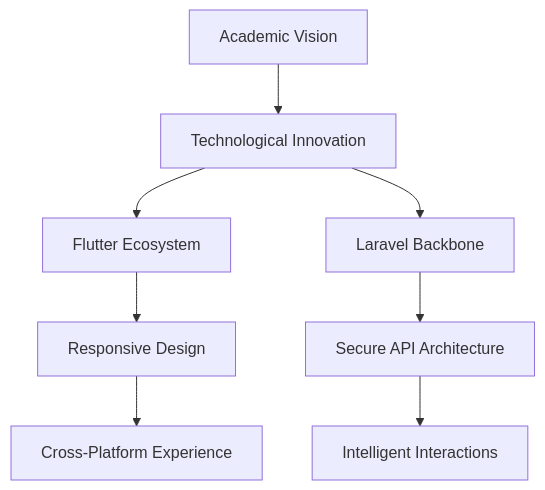
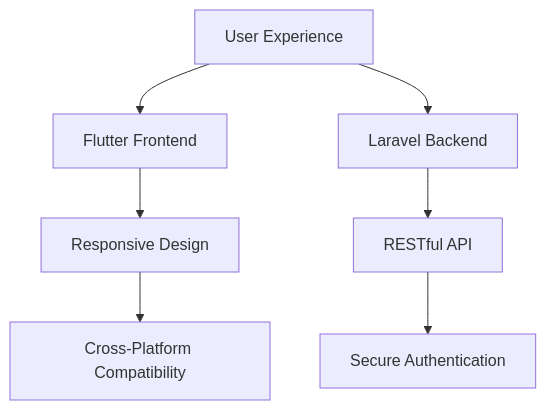
One commit to Ngum12/Individual-Assignment-02 changed the diagram in freeworld_post/README.md. Above: the diagram before and after it, drawn with Mermaid. The commit also changed other lines of this file, not shown here.

````diff
--- a/freeworld_post/README.md
+++ b/freeworld_post/README.md
@@ -39,10 +21,9 @@
 ```mermaid
 graph TD
-    A[Academic Vision] --> B[Technological Innovation]
-    B --> C[Flutter Ecosystem]
-    B --> D[Laravel Backbone]
-    C --> E[Responsive Design]
-    D --> F[Secure API Architecture]
-    E --> G[Cross-Platform Experience]
-    F --> H[Intelligent Interactions]
+    A[User Experience] --> B[Flutter Frontend]
+    A --> C[Laravel Backend]
+    B --> D[Responsive Design]
+    C --> E[RESTful API]
+    D --> F[Cross-Platform Compatibility]
+    E --> G[Secure Authentication]
 ```
````
